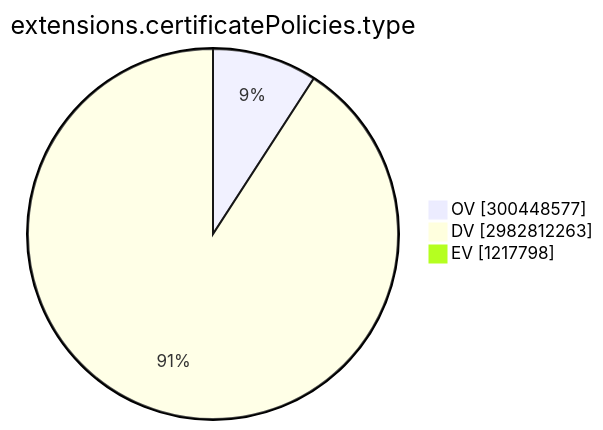
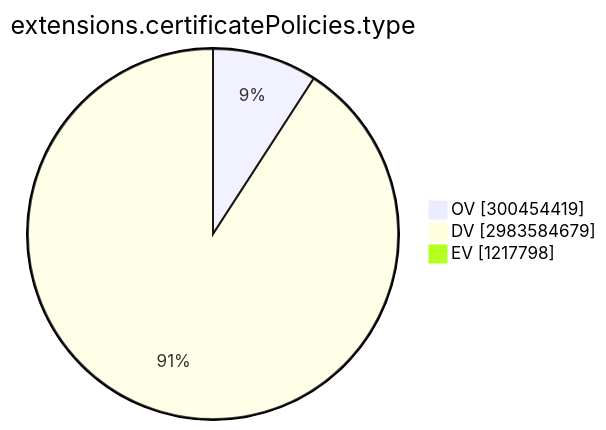
The ninth of 15 diagrams in TOTAL/README.md (christiankrug/ctmonitor_visualization), drawn with Mermaid before and after one commit. The commit also changed other lines of this file, not shown here.

````diff
--- a/TOTAL/README.md
+++ b/TOTAL/README.md
@@ -3101,7 +3101,7 @@
 ```mermaid
 pie showData
 title extensions.certificatePolicies.type
-"OV" :300448577
-"DV" :2982812263
+"OV" :300454419
+"DV" :2983584679
 "EV" :1217798
 ```
````
